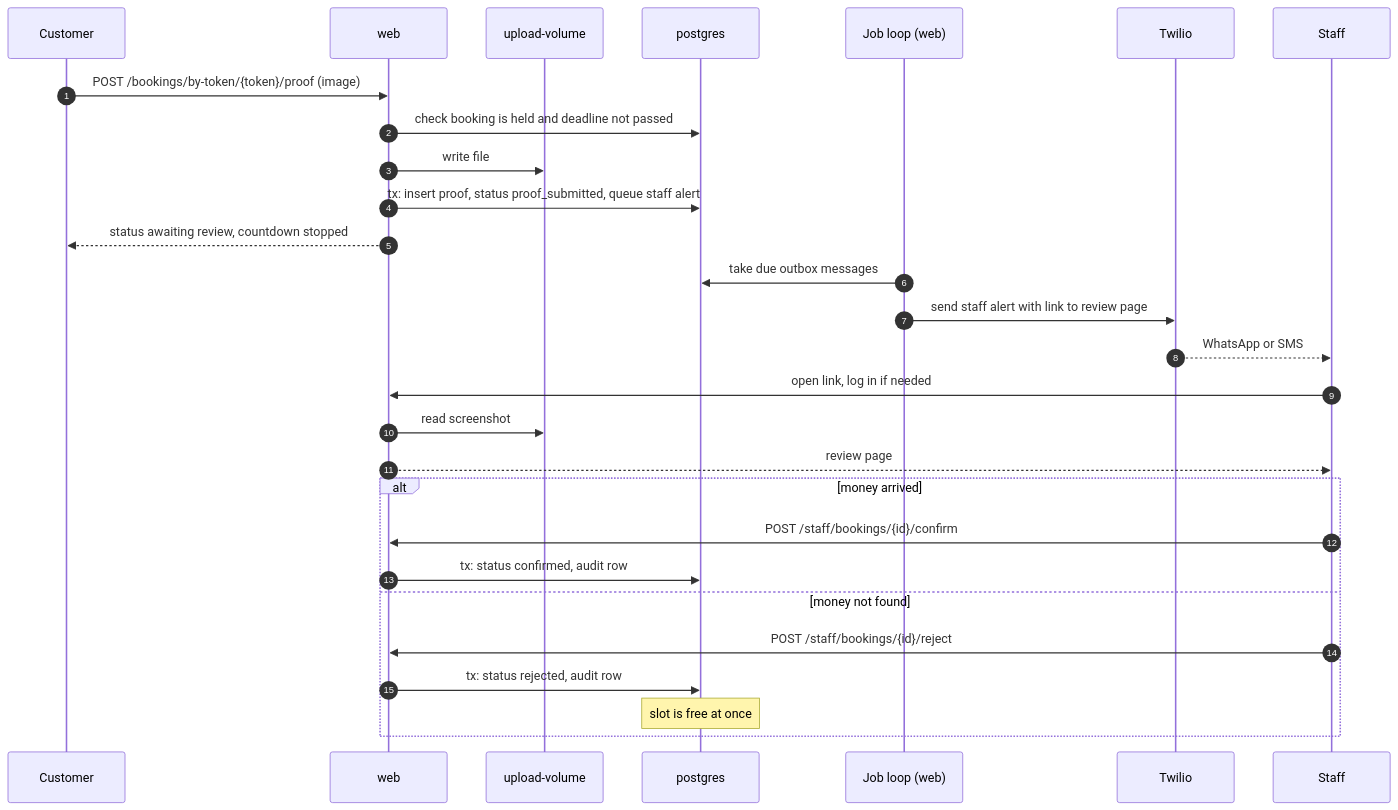
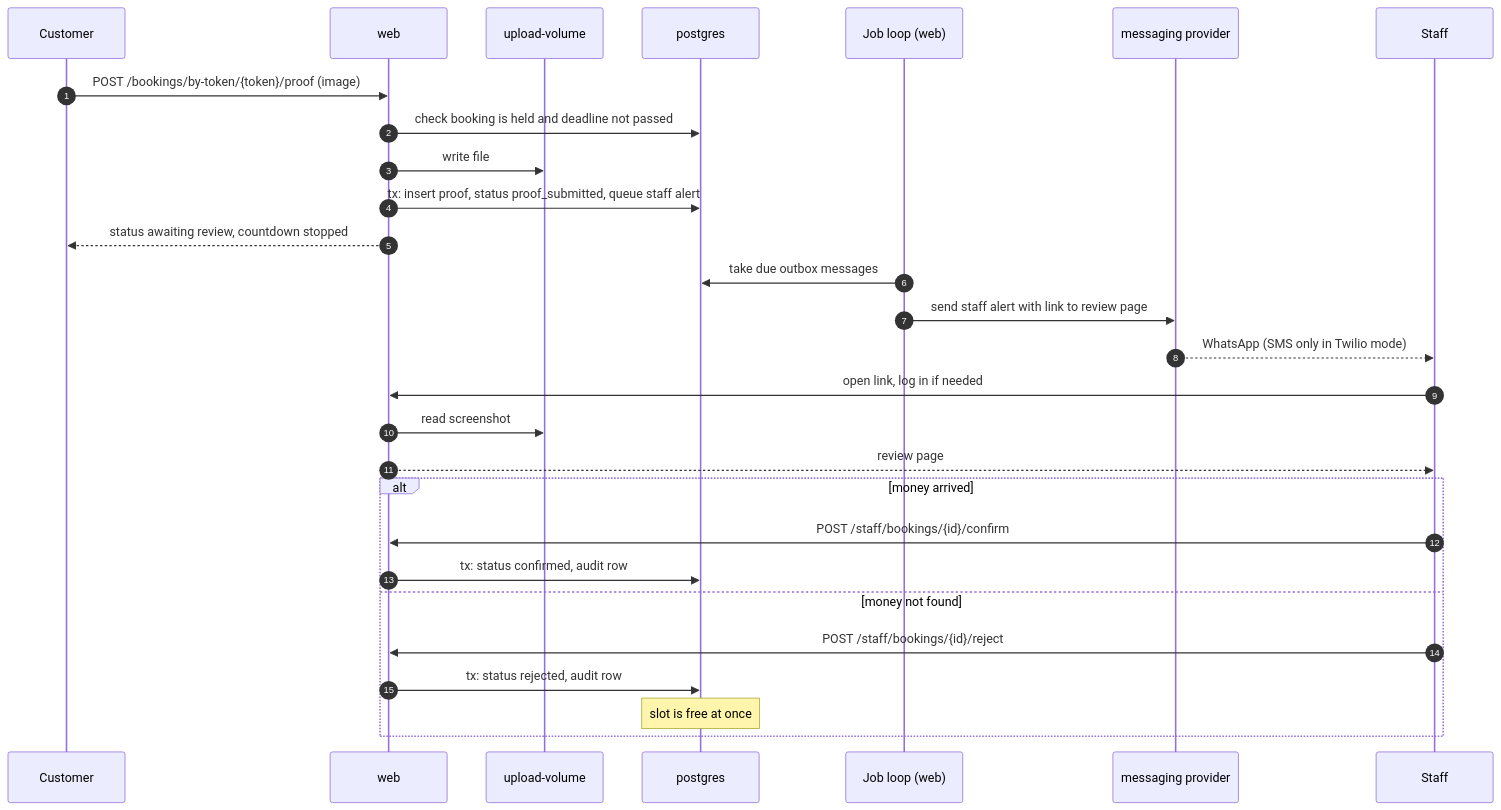
The second of 5 diagrams in docs/architecture/flows.md (ZamzamMasjid/wesal), drawn with Mermaid before and after one commit. The commit also changed other lines of this file and 15 other files, not shown here.

First line of the commit message:
docs: reconcile the architecture with the WhatSend provider:

````diff
--- a/docs/architecture/flows.md
+++ b/docs/architecture/flows.md
@@ -55,30 +55,30 @@
 ```mermaid
 sequenceDiagram
   autonumber
   participant C as Customer
   participant W as web
   participant V as upload-volume
   participant P as postgres
   participant J as Job loop (web)
-  participant T as Twilio
+  participant M as messaging provider
   participant S as Staff
   C->>W: POST /bookings/by-token/{token}/proof (image)
   W->>P: check booking is held and deadline not passed
   W->>V: write file
   W->>P: tx: insert proof, status proof_submitted, queue staff alert
   W-->>C: status awaiting review, countdown stopped
   J->>P: take due outbox messages
-  J->>T: send staff alert with link to review page
-  T-->>S: WhatsApp or SMS
+  J->>M: send staff alert with link to review page
+  M-->>S: WhatsApp (SMS only in Twilio mode)
   S->>W: open link, log in if needed
   W->>V: read screenshot
   W-->>S: review page
   alt money arrived
     S->>W: POST /staff/bookings/{id}/confirm
     W->>P: tx: status confirmed, audit row
   else money not found
     S->>W: POST /staff/bookings/{id}/reject
     W->>P: tx: status rejected, audit row
     Note over P: slot is free at once
   end
 ```
````
